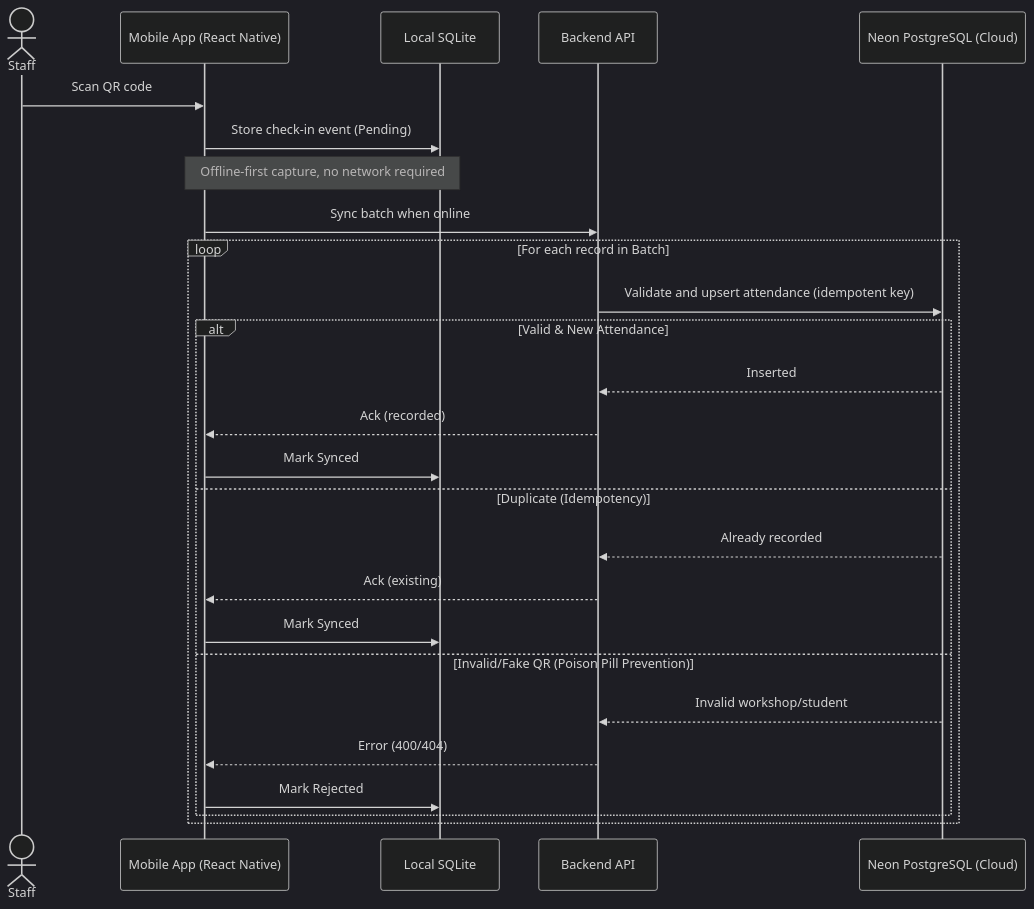
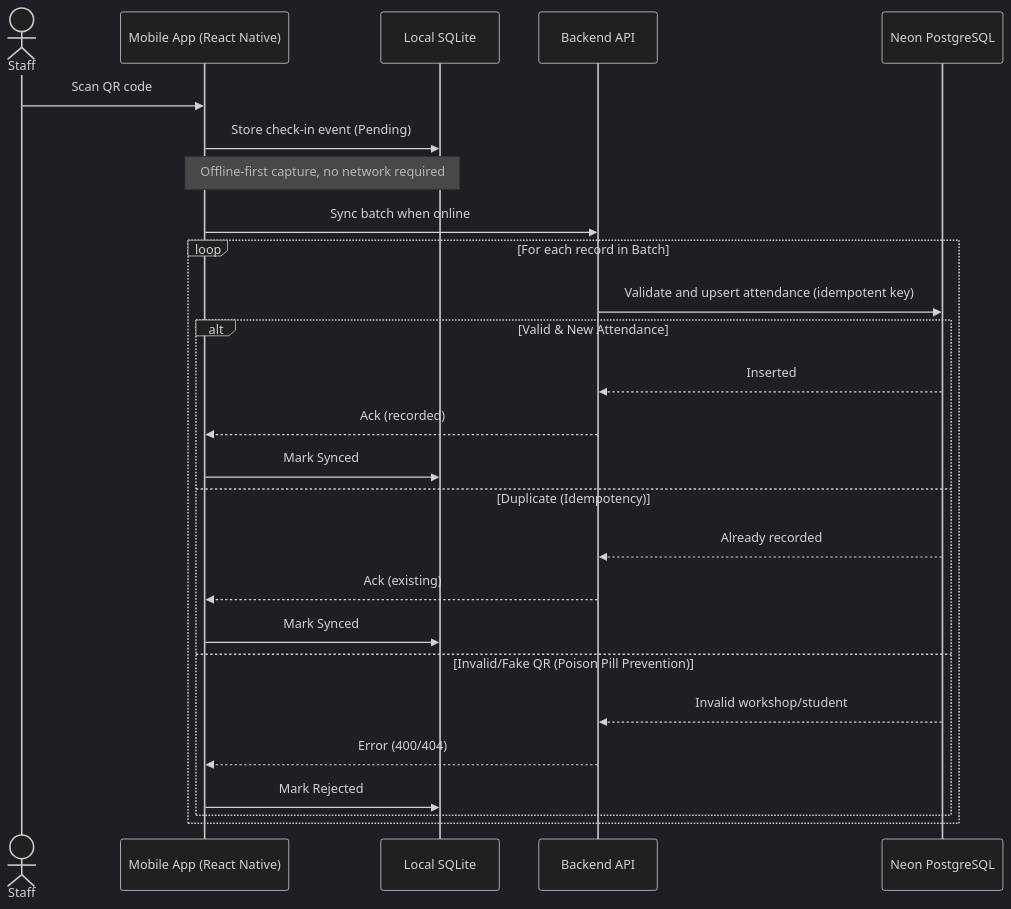
The fourth of 10 diagrams in blueprint/design.md (phatnguyen975/unihub-workshop), drawn with Mermaid (dark theme) before and after one commit. The commit also changed other lines of this file, not shown here.

Commit message:
docs: update workshop registration diagram

````diff
--- a/blueprint/design.md
+++ b/blueprint/design.md
@@ -253,30 +287,30 @@
 ```mermaid
 sequenceDiagram
   actor Staff
   participant Mobile as Mobile App (React Native)
   participant Local as Local SQLite
   participant API as Backend API
-  participant DB as Neon PostgreSQL (Cloud)
+  participant DB as Neon PostgreSQL
 
   Staff->>Mobile: Scan QR code
   Mobile->>Local: Store check-in event (Pending)
   Note over Mobile,Local: Offline-first capture, no network required
 
   Mobile->>API: Sync batch when online
   loop For each record in Batch
     API->>DB: Validate and upsert attendance (idempotent key)
     alt Valid & New Attendance
       DB-->>API: Inserted
       API-->>Mobile: Ack (recorded)
       Mobile->>Local: Mark Synced
     else Duplicate (Idempotency)
       DB-->>API: Already recorded
       API-->>Mobile: Ack (existing)
       Mobile->>Local: Mark Synced
     else Invalid/Fake QR (Poison Pill Prevention)
       DB-->>API: Invalid workshop/student
       API-->>Mobile: Error (400/404)
       Mobile->>Local: Mark Rejected
     end
   end
 ```
````
